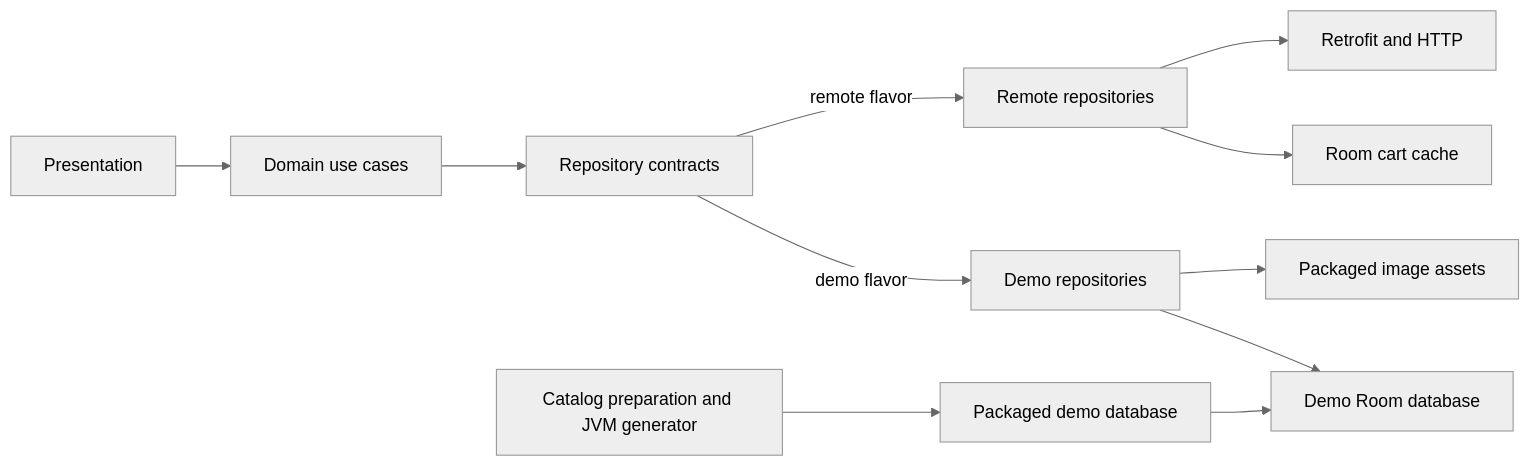
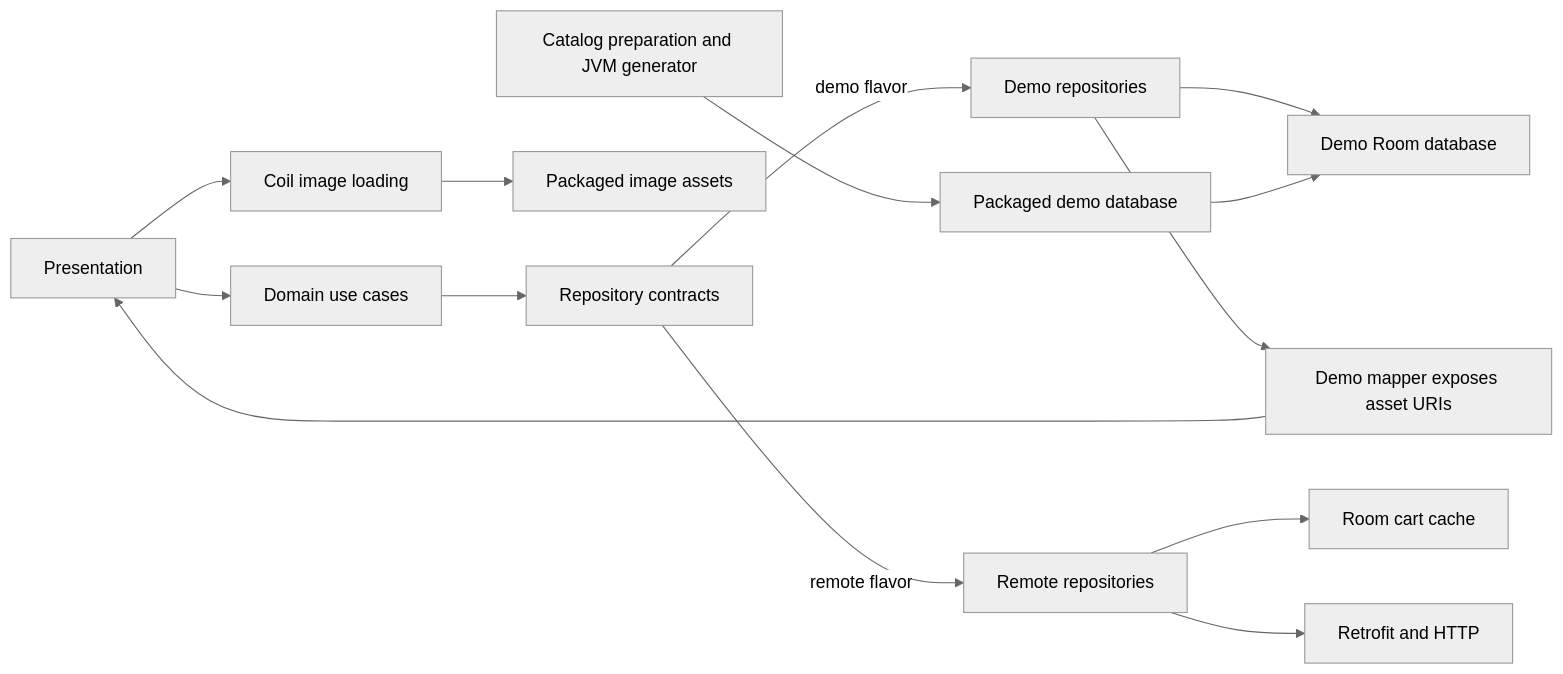
The diagram in Project/docs/architecture.md (JuanCarlosLF/modu-clothes-shop-android), drawn with Mermaid (neutral theme) before and after one commit. The commit also changed other lines of this file, not shown here.

Commit message:
[MDU-42]: Correct architecture documentation

````diff
--- a/Project/docs/architecture.md
+++ b/Project/docs/architecture.md
@@ -9,13 +9,16 @@
 ```mermaid
 flowchart LR
     UI[Presentation] --> UC[Domain use cases]
     UC --> RC[Repository contracts]
     RC -->|demo flavor| DR[Demo repositories]
     RC -->|remote flavor| RR[Remote repositories]
     DR --> DB[Demo Room database]
-    DR --> IA[Packaged image assets]
+    DR --> DM[Demo mapper exposes asset URIs]
+    DM --> UI
+    UI --> CO[Coil image loading]
+    CO --> IA[Packaged image assets]
     RR --> LC[Room cart cache]
     RR --> RT[Retrofit and HTTP]
     GT[Catalog preparation and JVM generator] --> PD[Packaged demo database]
     PD --> DB
 ```
````
